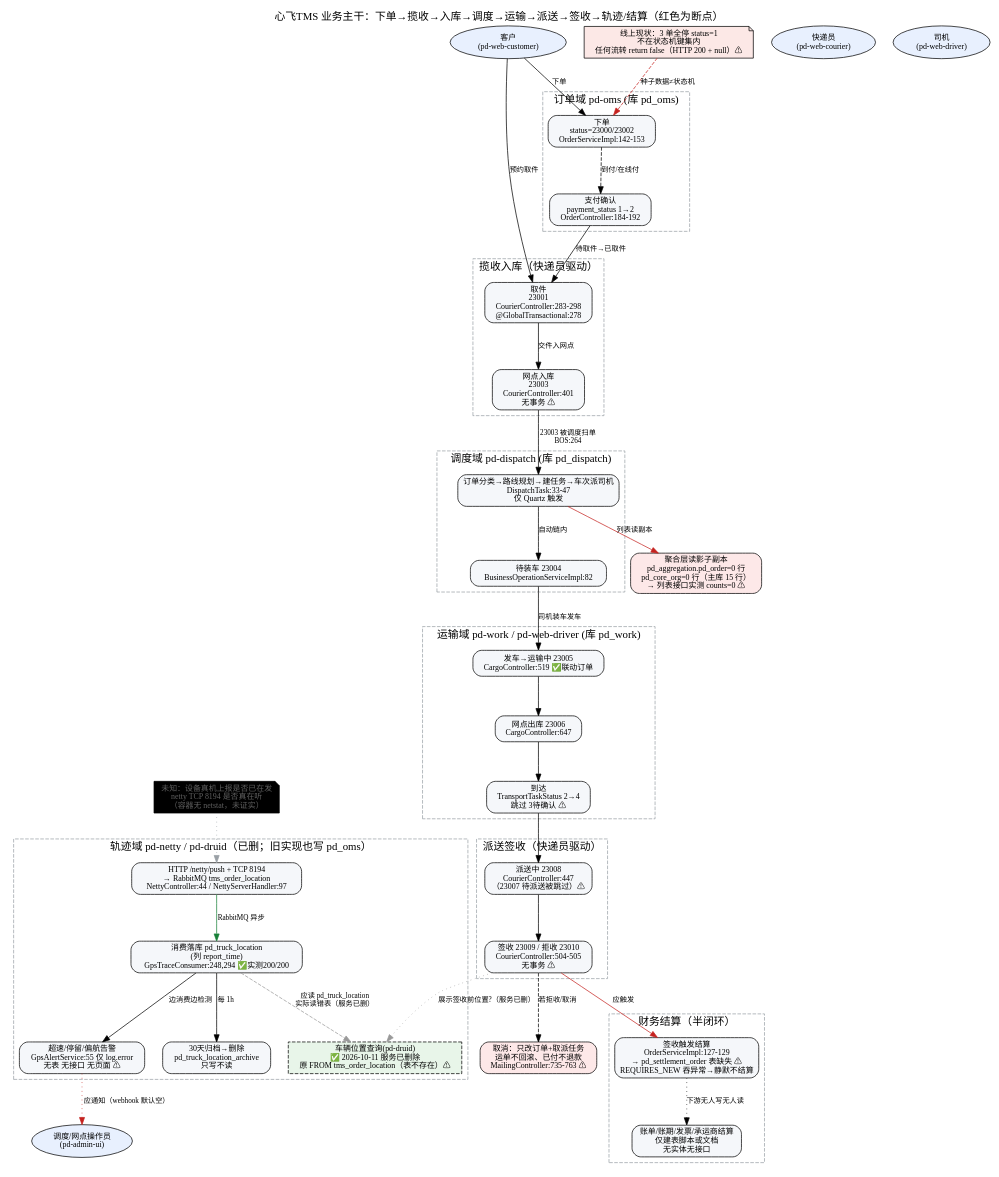
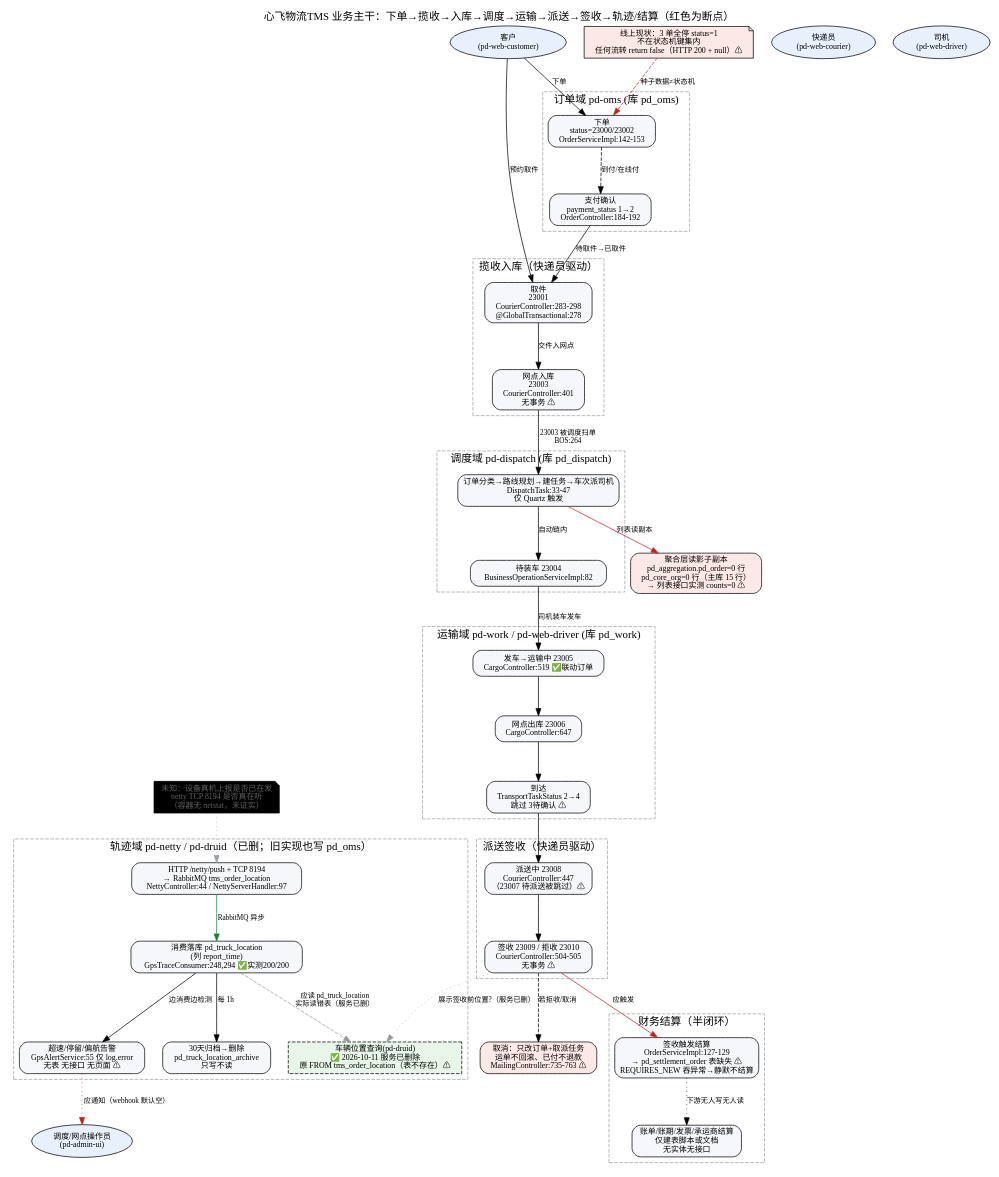
The diagram in docs/architecture/business-flow.dot (itxinfei/pinda-tms), drawn with Graphviz before and after one commit. The commit also changed 64 other files, not shown here.

```diff
--- a/docs/architecture/business-flow.dot
+++ b/docs/architecture/business-flow.dot
@@ -1,85 +1,85 @@
 // 🔴 2026-10-10 注：本图为重构前快照。数据库已由各域分库重构为单一物理库 xinfei_tms（51 表）+ tenant_id 多租户；下方 cluster 标签里的"(库 pd_oms)"等旧库名仅作历史标注，业务流本身仍成立。现行库口径见 docs/02、《需求文档/45》。
-// 心飞TMS 端到端业务流（current-state，证据标注版）· 重构前快照
+// 心飞物流TMS 端到端业务流（current-state，证据标注版）· 重构前快照
 // 生成：flow-visualizer + graphviz；基线 ecd6725 + 192.168.20.130 实测（2026-10-08）
 // 读法：实线=代码路径已证实；虚线=推断/待验证；点线=应发生但没有实现；
 //       红色节点=断点；灰色=线上无数据（该环节从未真实走通）
 digraph tms_business_flow {
   rankdir=TB;
   nodesep=0.35; ranksep=0.75;
   graph [fontname="Microsoft YaHei", labelloc=t, fontsize=15,
-         label="心飞TMS 业务主干：下单→揽收→入库→调度→运输→派送→签收→轨迹/结算（红色为断点）"];
+         label="心飞物流TMS 业务主干：下单→揽收→入库→调度→运输→派送→签收→轨迹/结算（红色为断点）"];
   node  [fontname="Microsoft YaHei", fontsize=11, shape=box, style="rounded,filled", fillcolor="#f5f7fa"];
   edge  [fontname="Microsoft YaHei", fontsize=10];
 
   // ---------- 角色 ----------
   customer [label="客户\n(pd-web-customer)", shape=ellipse, fillcolor="#e8f0fe"];
   dispatcher [label="调度/网点操作员\n(pd-admin-ui)", shape=ellipse, fillcolor="#e8f0fe"];
   courier [label="快递员\n(pd-web-courier)", shape=ellipse, fillcolor="#e8f0fe"];
   driver [label="司机\n(pd-web-driver)", shape=ellipse, fillcolor="#e8f0fe"];
 
   // ---------- 主干业务步骤 ----------
   subgraph cluster_order { label="订单域 pd-oms (库 pd_oms)"; style=dashed; color="#9aa0a6";
     create [label="下单\nstatus=23000/23002\nOrderServiceImpl:142-153"];
     pay [label="支付确认\npayment_status 1→2\nOrderController:184-192"];
   }
   subgraph cluster_pickup { label="揽收入库（快递员驱动）"; style=dashed; color="#9aa0a6";
     picked [label="取件\n23001\nCourierController:283-298\n@GlobalTransactional:278"];
     inbound [label="网点入库\n23003\nCourierController:401\n无事务 ⚠"];
   }
   subgraph cluster_dispatch { label="调度域 pd-dispatch (库 pd_dispatch)"; style=dashed; color="#9aa0a6";
     classify [label="订单分类→路线规划→建任务→车次派司机\nDispatchTask:33-47\n仅 Quartz 触发"];
     toload [label="待装车 23004\nBusinessOperationServiceImpl:82"];
   }
   subgraph cluster_transit { label="运输域 pd-work / pd-web-driver (库 pd_work)"; style=dashed; color="#9aa0a6";
     depart [label="发车→运输中 23005\nCargoController:519 ✅联动订单"];
     exware [label="网点出库 23006\nCargoController:647"];
     arrive [label="到达\nTransportTaskStatus 2→4\n跳过 3待确认 ⚠"];
   }
   subgraph cluster_delivery { label="派送签收（快递员驱动）"; style=dashed; color="#9aa0a6";
     dispatching [label="派送中 23008\nCourierController:447\n（23007 待派送被跳过）⚠"];
     signed [label="签收 23009 / 拒收 23010\nCourierController:504-505\n无事务 ⚠"];
   }
   subgraph cluster_trace { label="轨迹域 pd-netty / pd-druid（已删；旧实现也写 pd_oms）"; style=dashed; color="#9aa0a6";
     gpsin [label="HTTP /netty/push + TCP 8194\n→ RabbitMQ tms_order_location\nNettyController:44 / NettyServerHandler:97"];
     store [label="消费落库 pd_truck_location\n(列 report_time)\nGpsTraceConsumer:248,294 ✅实测200/200"];
     alert [label="超速/停留/偏航告警\nGpsAlertService:55 仅 log.error\n无表 无接口 无页面 ⚠"];
     druid [label="车辆位置查询(pd-druid)\n✅ 2026-10-11 服务已删除\n原 FROM tms_order_location（表不存在）⚠", style="filled,dashed", fillcolor="#e8f5e9"];
     archive [label="30天归档→删除\npd_truck_location_archive\n只写不读"];
   }
   subgraph cluster_finance { label="财务结算（半闭环）"; style=dashed; color="#9aa0a6";
     settle [label="签收触发结算\nOrderServiceImpl:127-129\n→ pd_settlement_order 表缺失 ⚠\nREQUIRES_NEW 吞异常→静默不结算"];
     bills [label="账单/账期/发票/承运商结算\n仅建表脚本或文档\n无实体无接口"];
   }
 
   dead [label="聚合层读影子副本\npd_aggregation.pd_order=0 行\npd_core_org=0 行（主库 15 行）\n→ 列表接口实测 counts=0 ⚠",
         fillcolor="#fde8e8", shape=box];
   seed [label="线上现状：3 单全停 status=1\n不在状态机键集内\n任何流转 return false（HTTP 200 + null）⚠",
         fillcolor="#fce8e6", shape=note];
   refund [label="取消：只改订单+取派任务\n运单不回滚、已付不退款\nMailingController:735-763 ⚠", fillcolor="#fde8e8"];
   unkn [label="未知：设备真机上报是否已在发\nnetty TCP 8194 是否真在听\n（容器无 netstat，未证实）", shape=note, fillcolor="#eee", fontcolor="#606060"];
 
   // ---------- 主干流转（实线=已证实） ----------
   customer -> create [label="下单"];
   create -> pay [label="到付/在线付", style=dashed];
   customer -> picked [label="预约取件"];
   pay -> picked [label="待取件→已取件"];
   picked -> inbound [label="交件入网点"];
   inbound -> classify [label="23003 被调度扫单\nBOS:264"];
   classify -> toload [label="自动链内"];
   toload -> depart [label="司机装车发车"];
   depart -> exware -> arrive -> dispatching -> signed;
   signed -> settle [label="应触发", color="#c5221f"];
   signed -> druid [label="展示签收前位置?（服务已删）", style=dotted, color="#999999"];
 
   // ---------- 异步旁路 ----------
   gpsin -> store [label="RabbitMQ 异步", color="#188038"];
   store -> alert [label="边消费边检测"];
   store -> archive [label="每 1h"];
   store -> druid [label="应读 pd_truck_location\n实际读错表（服务已删）", color="#999999", style=dashed];
   alert -> dispatcher [label="应通知（webhook 默认空）", style=dotted, color="#c5221f"];
   settle -> bills [label="下游无人写无人读", style=dotted];
   signed -> refund [label="若拒收/取消", style=dashed];
   classify -> dead [label="列表读副本", color="#c5221f"];
   seed -> create [label="种子数据≠状态机", style=dashed, color="#c5221f"];
   unkn -> gpsin [style=dotted, color="#9aa0a6"];
 }
```
